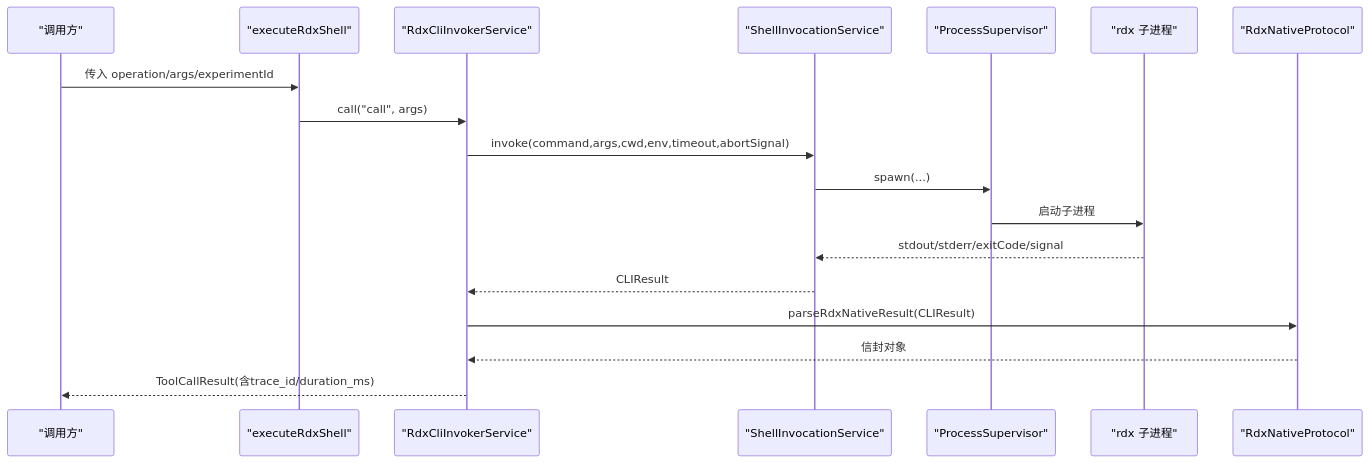
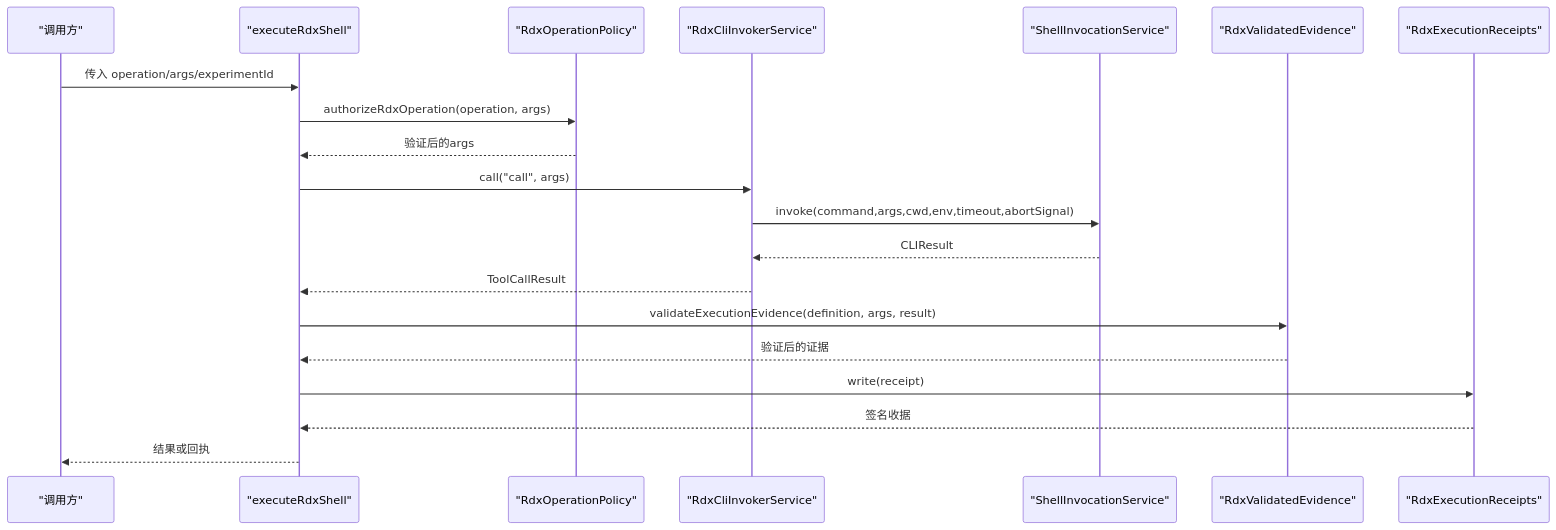
One commit to haolange/RDC-Agent changed the sixth of 6 diagrams in .qoder/repowiki/zh/content/架构设计/核心组件设计/CLI调用器设计/CLI调用器设计.md. Above: the diagram before and after it, drawn with Mermaid. The commit also changed other lines of this file and 221 other files, not shown here.

````diff
--- a/.qoder/repowiki/zh/content/架构设计/核心组件设计/CLI调用器设计/CLI调用器设计.md
+++ b/.qoder/repowiki/zh/content/架构设计/核心组件设计/CLI调用器设计/CLI调用器设计.md
@@ -407,20 +489,22 @@
 ```mermaid
 sequenceDiagram
 participant U as "调用方"
 participant E as "executeRdxShell"
+participant P as "RdxOperationPolicy"
 participant I as "RdxCliInvokerService"
 participant S as "ShellInvocationService"
-participant P as "ProcessSupervisor"
-participant N as "rdx 子进程"
-participant R as "RdxNativeProtocol"
+participant V as "RdxValidatedEvidence"
+participant R as "RdxExecutionReceipts"
 U->>E : 传入 operation/args/experimentId
+E->>P : authorizeRdxOperation(operation, args)
+P-->>E : 验证后的args
 E->>I : call("call", args)
 I->>S : invoke(command,args,cwd,env,timeout,abortSignal)
-S->>P : spawn(...)
-P->>N : 启动子进程
-N-->>S : stdout/stderr/exitCode/signal
 S-->>I : CLIResult
-I->>R : parseRdxNativeResult(CLIResult)
-R-->>I : 信封对象
-I-->>U : ToolCallResult(含trace_id/duration_ms)
+I-->>E : ToolCallResult
+E->>V : validateExecutionEvidence(definition, args, result)
+V-->>E : 验证后的证据
+E->>R : write(receipt)
+R-->>E : 签名收据
+E-->>U : 结果或回执
 ```
````
